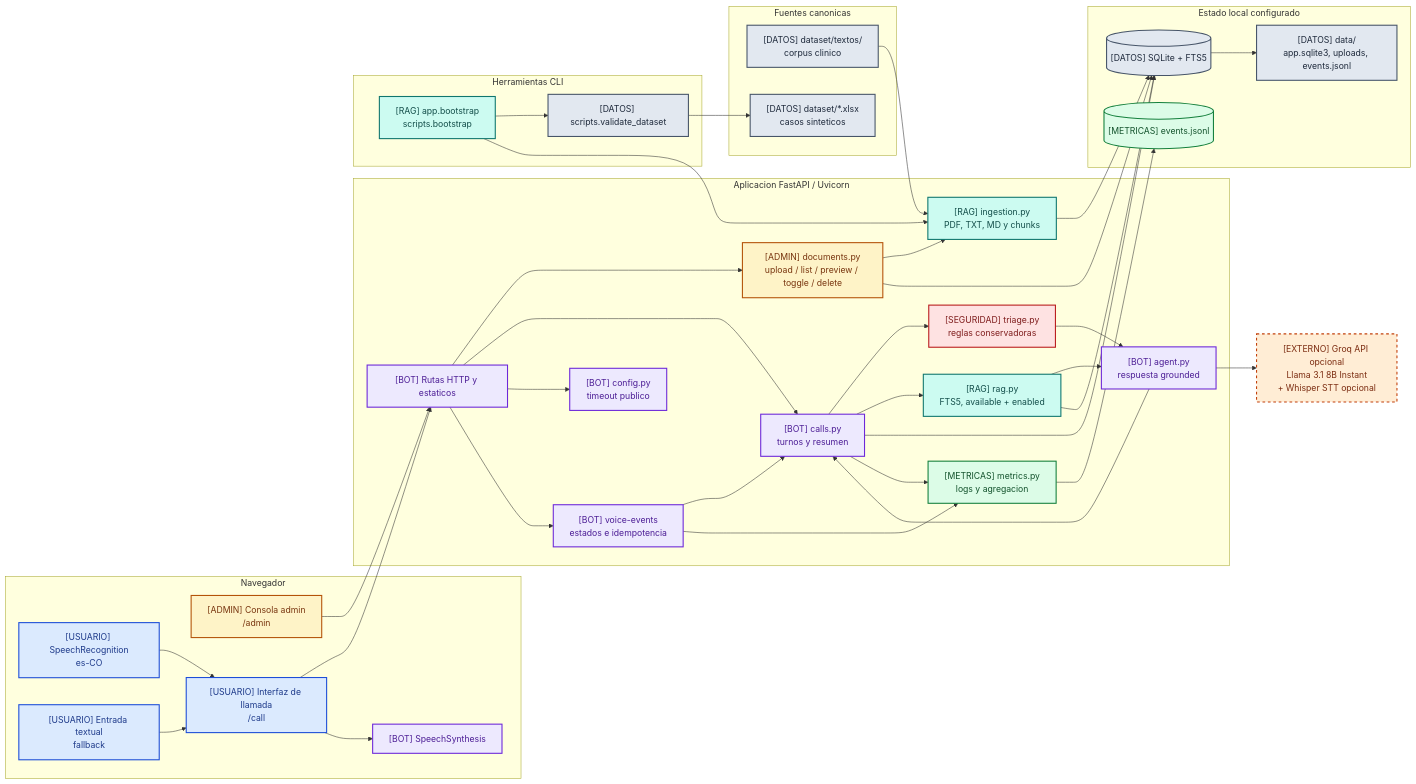
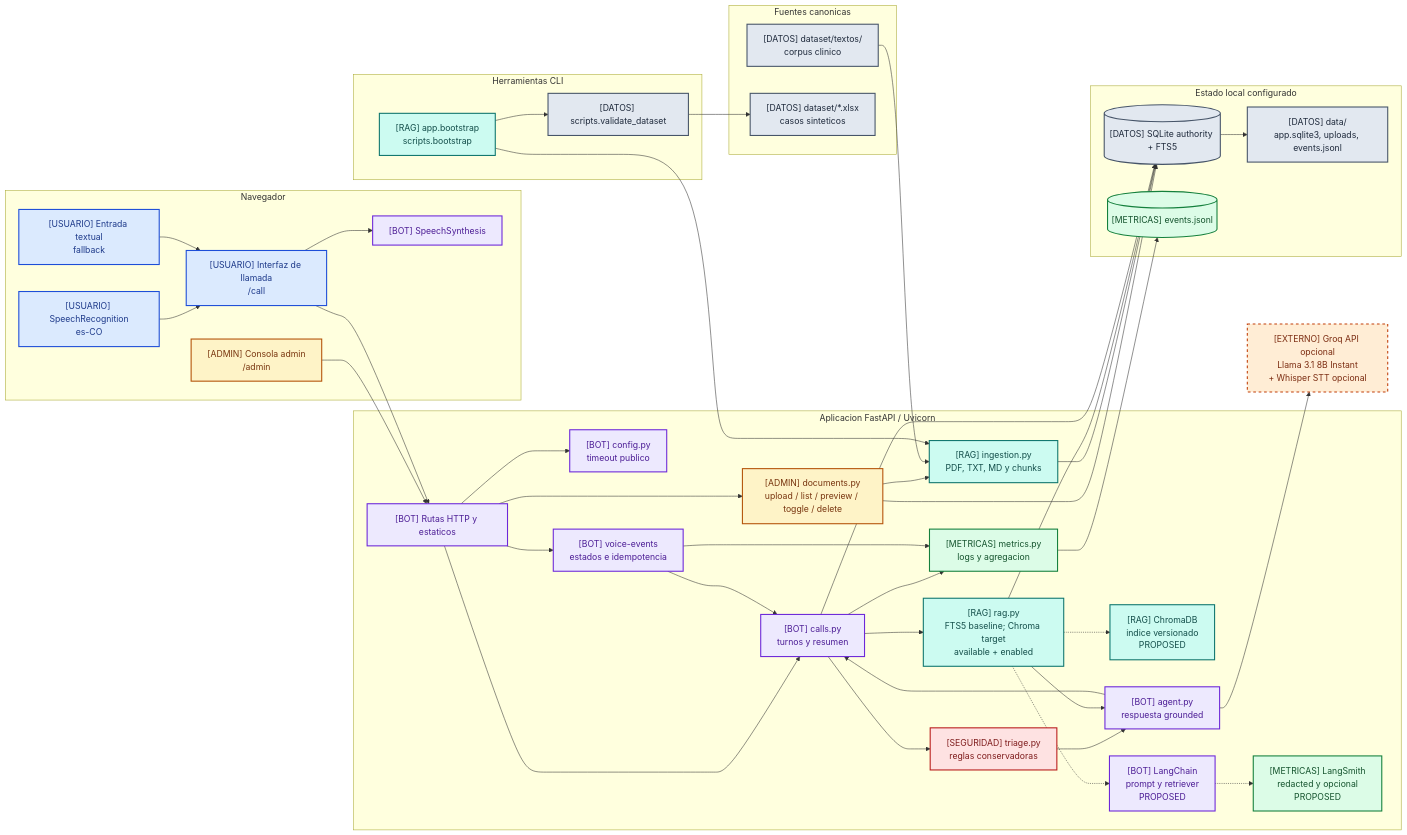
One commit to JhofredCam/TechSphereChallenge changed the first of 3 diagrams in docs/arquitectura.md. Above: the diagram before and after it, drawn with Mermaid. The commit also changed other lines of this file and 35 other files, not shown here.

```diff
--- a/docs/arquitectura.md
+++ b/docs/arquitectura.md
@@ -80,7 +118,10 @@
         Config["[BOT] config.py<br/>timeout publico"]:::bot
         Documents["[ADMIN] documents.py<br/>upload / list / preview / toggle / delete"]:::admin
         Ingestion["[RAG] ingestion.py<br/>PDF, TXT, MD y chunks"]:::rag
-        RAG["[RAG] rag.py<br/>FTS5, available + enabled"]:::rag
+        RAG["[RAG] rag.py<br/>FTS5 baseline; Chroma target<br/>available + enabled"]:::rag
+        Chroma["[RAG] ChromaDB<br/>indice versionado<br/>PROPOSED"]:::rag
+        Chain["[BOT] LangChain<br/>prompt y retriever<br/>PROPOSED"]:::bot
+        Trace["[METRICAS] LangSmith<br/>redacted y opcional<br/>PROPOSED"]:::metrics
         Agent["[BOT] agent.py<br/>respuesta grounded"]:::bot
         Triage["[SEGURIDAD] triage.py<br/>reglas conservadoras"]:::security
         Calls["[BOT] calls.py<br/>turnos y resumen"]:::bot
@@ -89,7 +130,7 @@
     end
 
     subgraph Local["Estado local configurado"]
-        DB[("[DATOS] SQLite + FTS5")]:::data
+        DB[("[DATOS] SQLite authority + FTS5")]:::data
         JSONL[("[METRICAS] events.jsonl")]:::metrics
         Data["[DATOS] data/<br/>app.sqlite3, uploads, events.jsonl"]:::data
     end
@@ -128,6 +169,9 @@
     Triage --> Agent
     RAG --> Agent
     RAG --> DB
+    RAG -.-> Chroma
+    RAG -.-> Chain
+    Chain -.-> Trace
     Agent --> Groq
     Agent --> Calls
     Calls --> DB
```
